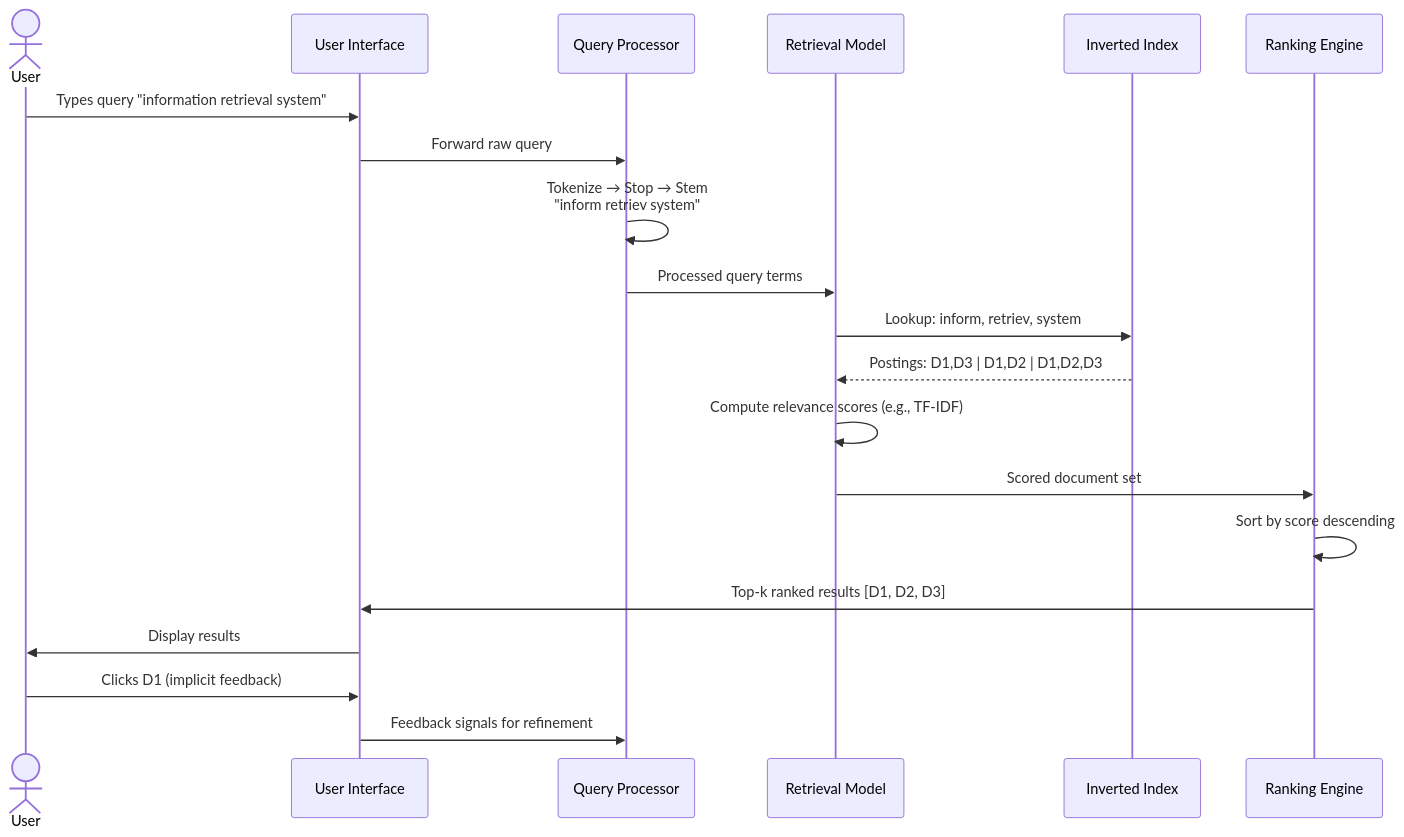
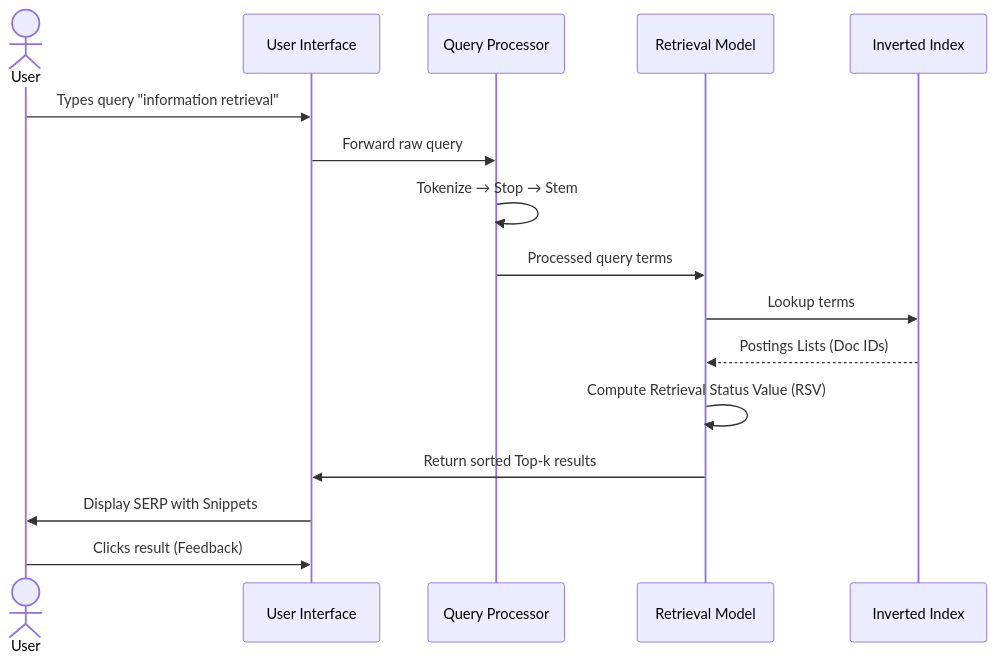
Before and after one commit to bobbyKhandar/Ly: the third of 3 diagrams in IR/Module_1_2_IR_Study_Notes.md, drawn with Mermaid. The commit also changed other lines of this file and 7 other files, not shown here.

````diff
--- a/IR/Module_1_2_IR_Study_Notes.md
+++ b/IR/Module_1_2_IR_Study_Notes.md
@@ -212,23 +123,19 @@
 ```mermaid
 sequenceDiagram
     actor User
     participant UI as User Interface
     participant QP as Query Processor
     participant RM as Retrieval Model
     participant IDX as Inverted Index
-    participant RK as Ranking Engine
 
-    User->>UI: Types query "information retrieval system"
+    User->>UI: Types query "information retrieval"
     UI->>QP: Forward raw query
-    QP->>QP: Tokenize → Stop → Stem<br/>"inform retriev system"
+    QP->>QP: Tokenize → Stop → Stem
     QP->>RM: Processed query terms
-    RM->>IDX: Lookup: inform, retriev, system
-    IDX-->>RM: Postings: D1,D3 | D1,D2 | D1,D2,D3
-    RM->>RM: Compute relevance scores (e.g., TF-IDF)
-    RM->>RK: Scored document set
-    RK->>RK: Sort by score descending
-    RK->>UI: Top-k ranked results [D1, D2, D3]
-    UI->>User: Display results
-    User->>UI: Clicks D1 (implicit feedback)
-    UI->>QP: Feedback signals for refinement
+    RM->>IDX: Lookup terms
+    IDX-->>RM: Postings Lists (Doc IDs)
+    RM->>RM: Compute Retrieval Status Value (RSV)
+    RM->>UI: Return sorted Top-k results
+    UI->>User: Display SERP with Snippets
+    User->>UI: Clicks result (Feedback)
 ```
````
